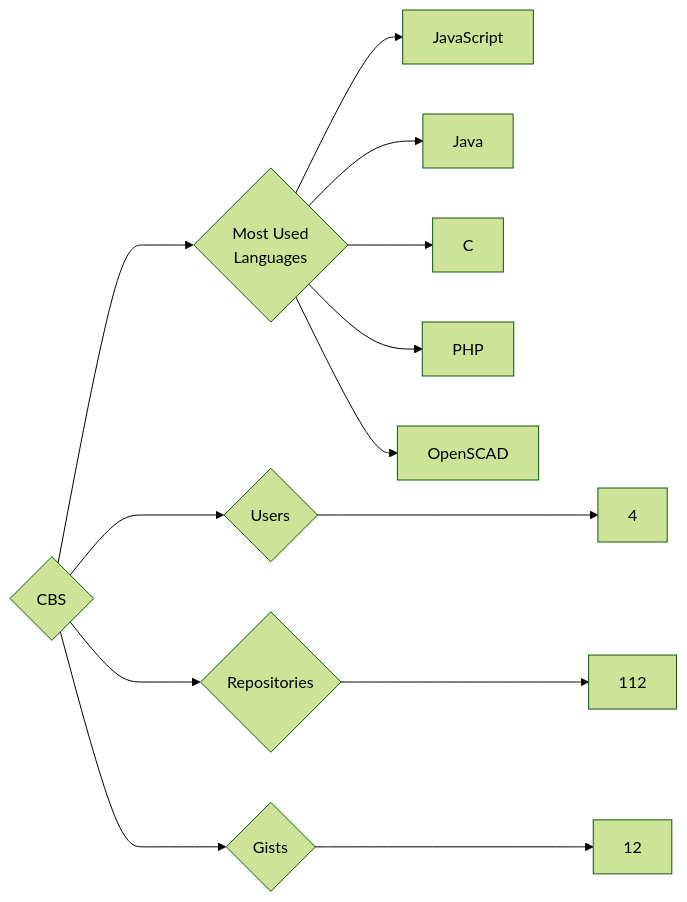
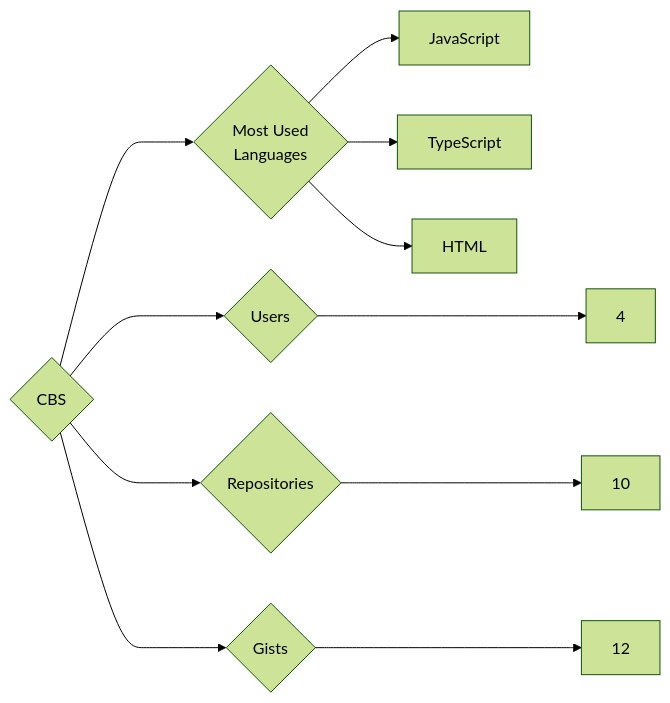
The diagram in targets/CBS/README.md (trickest/insiders), drawn with Mermaid (forest theme) before and after one commit. The commit also changed 1078 other files, not shown here.

````diff
--- a/targets/CBS/README.md
+++ b/targets/CBS/README.md
@@ -3,13 +3,11 @@
 ```mermaid
 graph LR
 COMPANY_NAME{CBS}
 COMPANY_NAME ---> U{Users} ---> UN[4]
-COMPANY_NAME ---> R{Repositories} ---> RN[112]
+COMPANY_NAME ---> R{Repositories} ---> RN[10]
 COMPANY_NAME ---> G{Gists} ---> GN[12]
 COMPANY_NAME ---> ML{Most Used<br>Languages}
 ML --> JavaScript[JavaScript]
-ML --> Java[Java]
-ML --> C[C]
-ML --> PHP[PHP]
-ML --> OpenSCAD[OpenSCAD]
+ML --> TypeScript[TypeScript]
+ML --> HTML[HTML]
 ```
````
